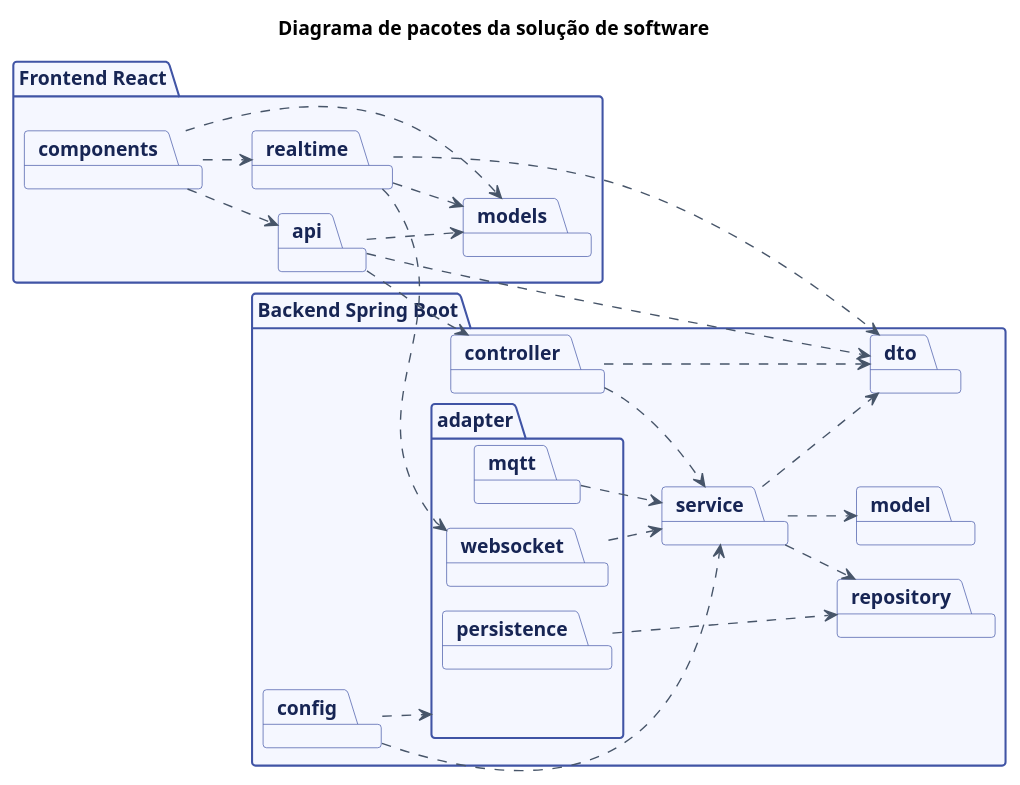
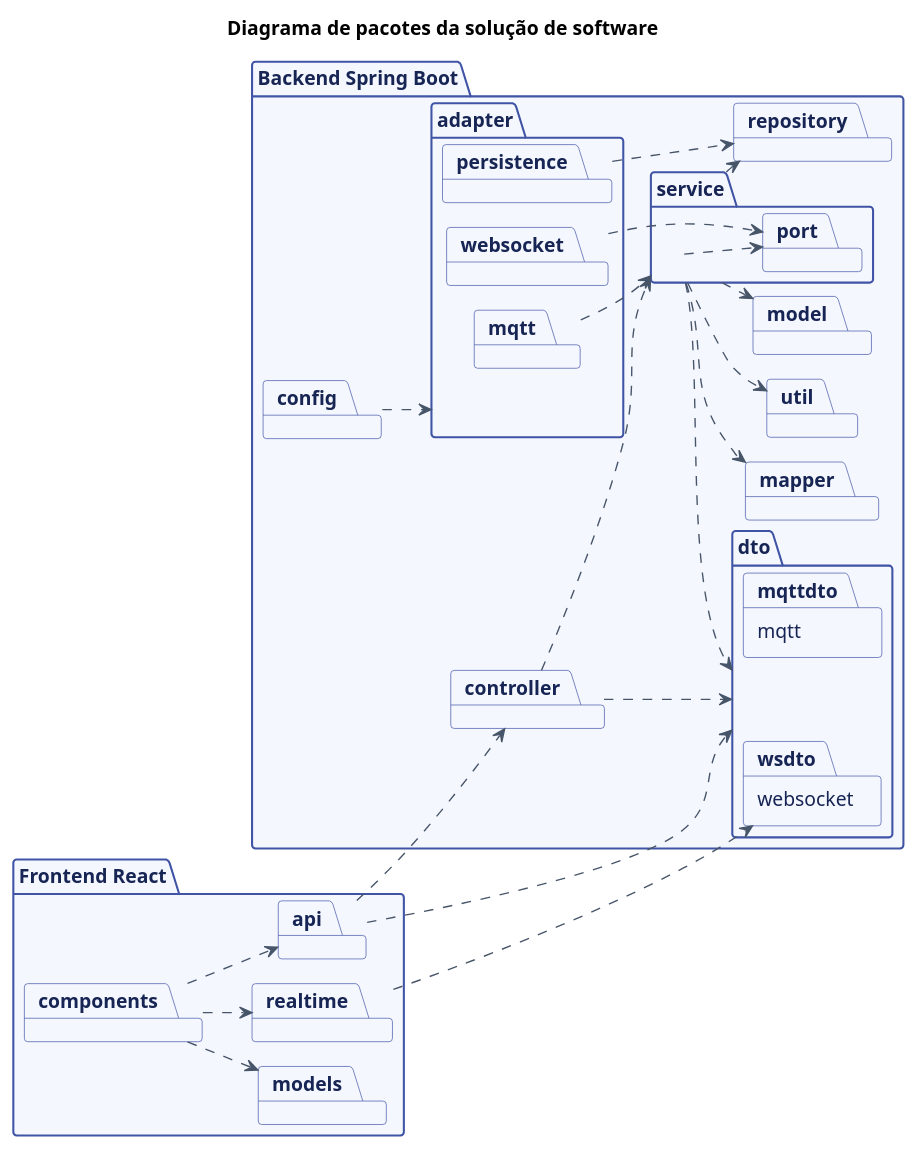
The diagram in docs/figs/plantuml/diagrama_pacotes_software.puml (fcte-pi1/2026_2_PI1_Grupo02_Bruno), drawn with PlantUML before and after one commit. The commit also changed 79 other files, not shown here.

Commit message:
add mqtt and websocket integration

```diff
--- a/docs/figs/plantuml/diagrama_pacotes_software.puml
+++ b/docs/figs/plantuml/diagrama_pacotes_software.puml
@@ -1,60 +1,64 @@
 @startuml
 !pragma layout smetana
 title Diagrama de pacotes da solução de software
 left to right direction
 skinparam packageStyle folder
 skinparam linetype ortho
 skinparam shadowing false
 skinparam defaultFontName Arial
 skinparam package {
   BackgroundColor #F5F7FF
   BorderColor #4054A5
   FontColor #172554
 }
 skinparam ArrowColor #475569
 skinparam ArrowFontColor #334155
 
 package "Frontend React" as frontend {
   package "components" as components
   package "api" as api
   package "realtime" as realtime
   package "models" as models
 }
 
 package "Backend Spring Boot" as backend {
   package "config" as config
   package "controller" as controller
-  package "dto" as dto
-  package "service" as service
+  package "dto" as dto {
+    package "mqtt" as mqttdto
+    package "websocket" as wsdto
+  }
+  package "service" as service {
+    package "port" as port
+  }
   package "model" as model
   package "repository" as repository
+  package "mapper" as mapper
+  package "util" as util
   package "adapter" as adapter {
     package "mqtt" as mqtt
     package "websocket" as websocket
     package "persistence" as persistence
   }
 }
 
 components ..> api
 components ..> realtime
 components ..> models
-api ..> models
-realtime ..> models
-
 api ..> controller
 api ..> dto
-realtime ..> websocket
-realtime ..> dto
-
+realtime ..> wsdto
 controller ..> service
 controller ..> dto
 service ..> model
 service ..> dto
 service ..> repository
- mqtt ..> service
-websocket ..> service
- persistence ..> repository
+service ..> port
+service ..> mapper
+service ..> util
+mqtt ..> service
+websocket ..> port
+persistence ..> repository
 config ..> adapter
-config ..> service
 
 @enduml
```
